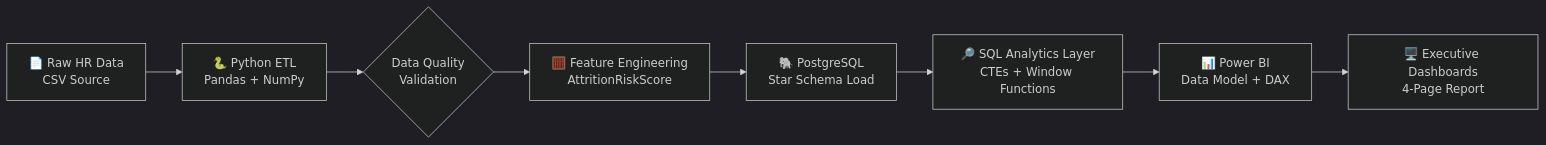
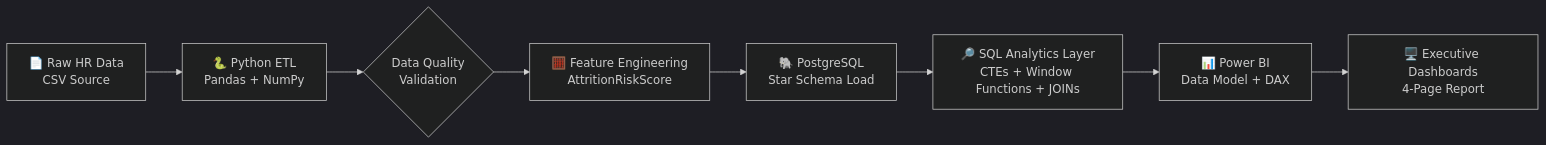
The diagram in README.md (nihatrza/HR-Analytics-Attrition-Risk-Intelligence), drawn with Mermaid (dark theme) before and after one commit. The commit also changed other lines of this file, not shown here.

````diff
--- a/README.md
+++ b/README.md
@@ -104,10 +104,10 @@
 ```mermaid
 flowchart LR
     A[📄 Raw HR Data<br/>CSV Source] --> B[🐍 Python ETL<br/>Pandas + NumPy]
     B --> C{Data Quality<br/>Validation}
     C --> D[🧮 Feature Engineering<br/>AttritionRiskScore]
     D --> E[🐘 PostgreSQL<br/>Star Schema Load]
-    E --> F[🔎 SQL Analytics Layer<br/>CTEs + Window Functions]
+    E --> F[🔎 SQL Analytics Layer<br/>CTEs + Window Functions + JOINs]
     F --> G[📊 Power BI<br/>Data Model + DAX]
     G --> H[🖥️ Executive Dashboards<br/>4-Page Report]
 ```
````
